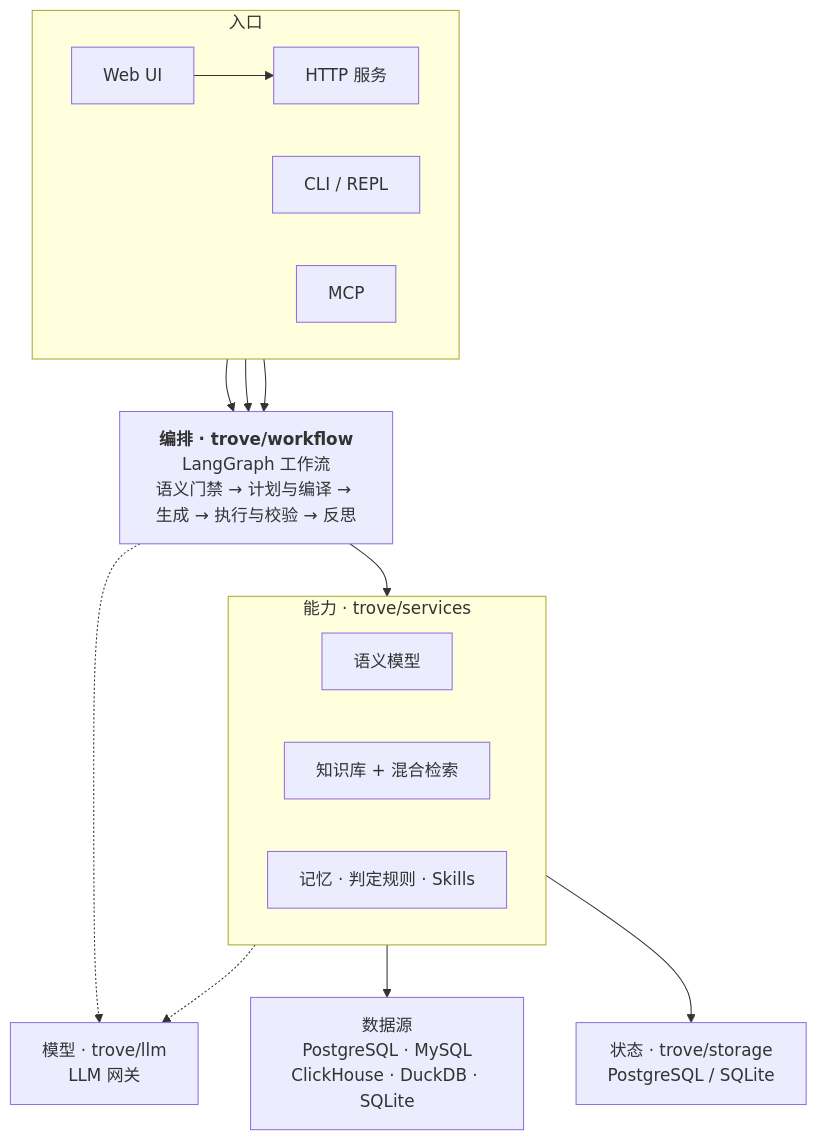
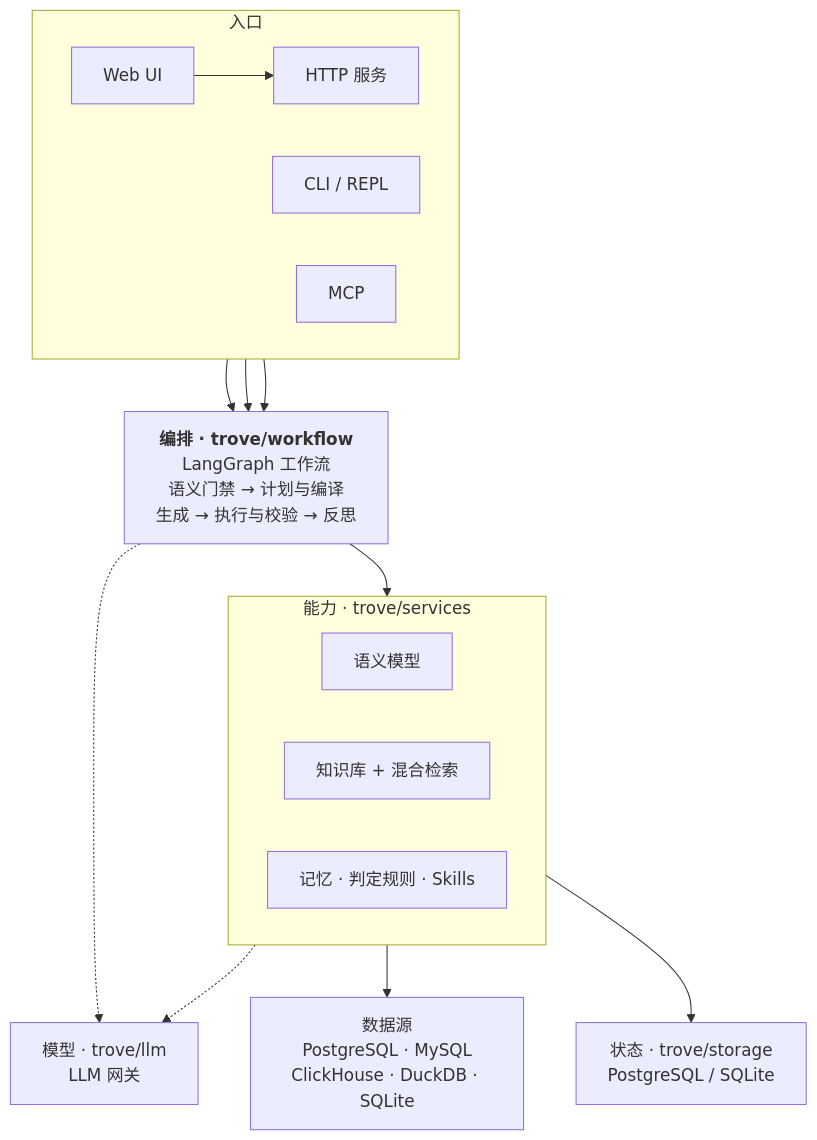
One commit to Nivane/trove changed the first of 3 diagrams in README.md. Above: the diagram before and after it, drawn with Mermaid. The commit also changed 3 other files, not shown here.

First line of the commit message:
docs(site): 图改成直线走线 + 全貌图拓扑理顺

````diff
--- a/README.md
+++ b/README.md
@@ -46,33 +46,31 @@
 ```mermaid
 flowchart TB
     subgraph entry["入口"]
         direction LR
-        UI["Web UI"]
+        UI["Web UI"] --> SRV["HTTP 服务"]
         CLI["CLI / REPL"]
-        SRV["HTTP 服务"]
         MCP["MCP"]
     end
 
-    WF["<b>编排 · trove/workflow</b><br/>LangGraph 工作流<br/>语义门禁 → 计划与编译 → 生成 → 执行与校验 → 反思"]
+    WF["<b>编排 · trove/workflow</b><br/>LangGraph 工作流<br/>语义门禁 → 计划与编译<br/>生成 → 执行与校验 → 反思"]
 
     subgraph caps["能力 · trove/services"]
         direction LR
         SEM["语义模型"]
         KB["知识库 + 混合检索"]
         MEM["记忆 · 判定规则 · Skills"]
     end
 
     LLM["模型 · trove/llm<br/>LLM 网关"]
+    DS["数据源<br/>PostgreSQL · MySQL<br/>ClickHouse · DuckDB · SQLite"]
     STATE["状态 · trove/storage<br/>PostgreSQL / SQLite"]
-    DS["数据源<br/>PostgreSQL · MySQL<br/>ClickHouse · DuckDB · SQLite"]
 
-    UI --> SRV
     SRV --> WF
     CLI --> WF
     MCP --> WF
     WF --> caps
     KB --> DS
     MEM --> STATE
     WF -.-> LLM
-    MEM -.-> LLM
+    caps -.-> LLM
 ```
````
